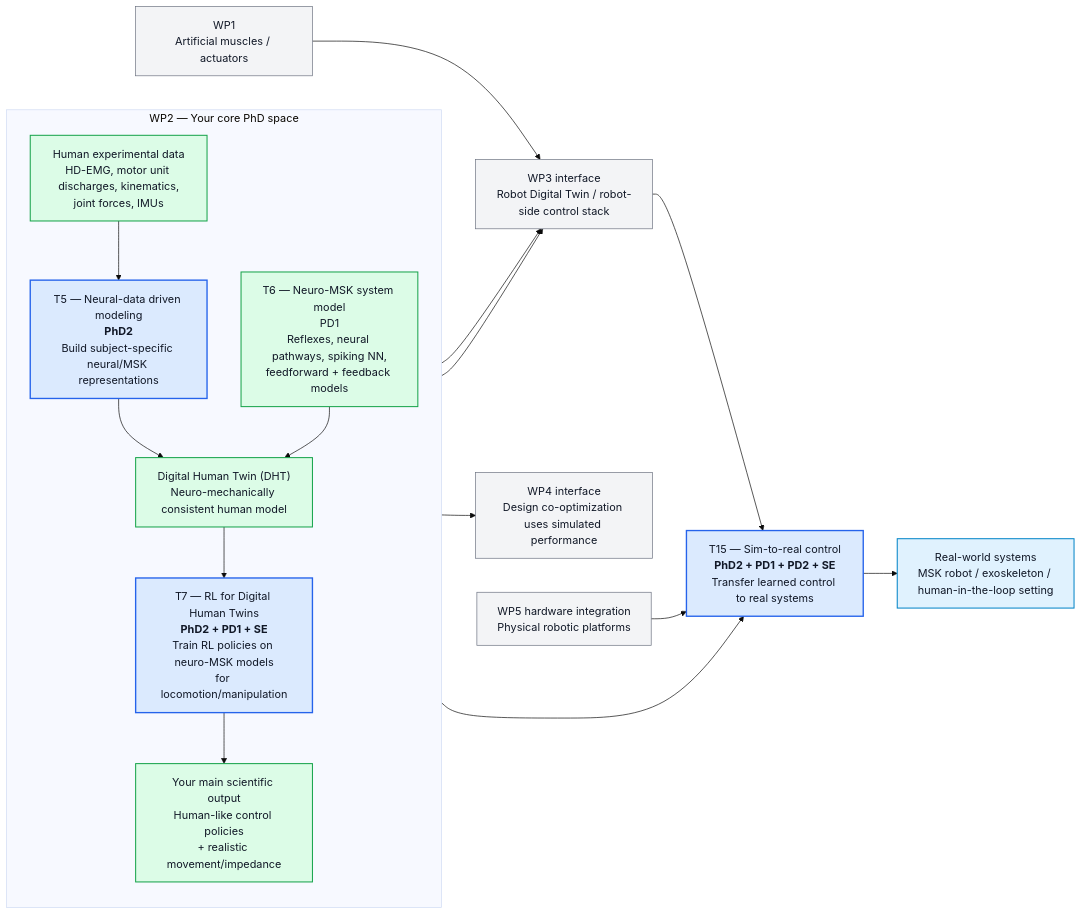
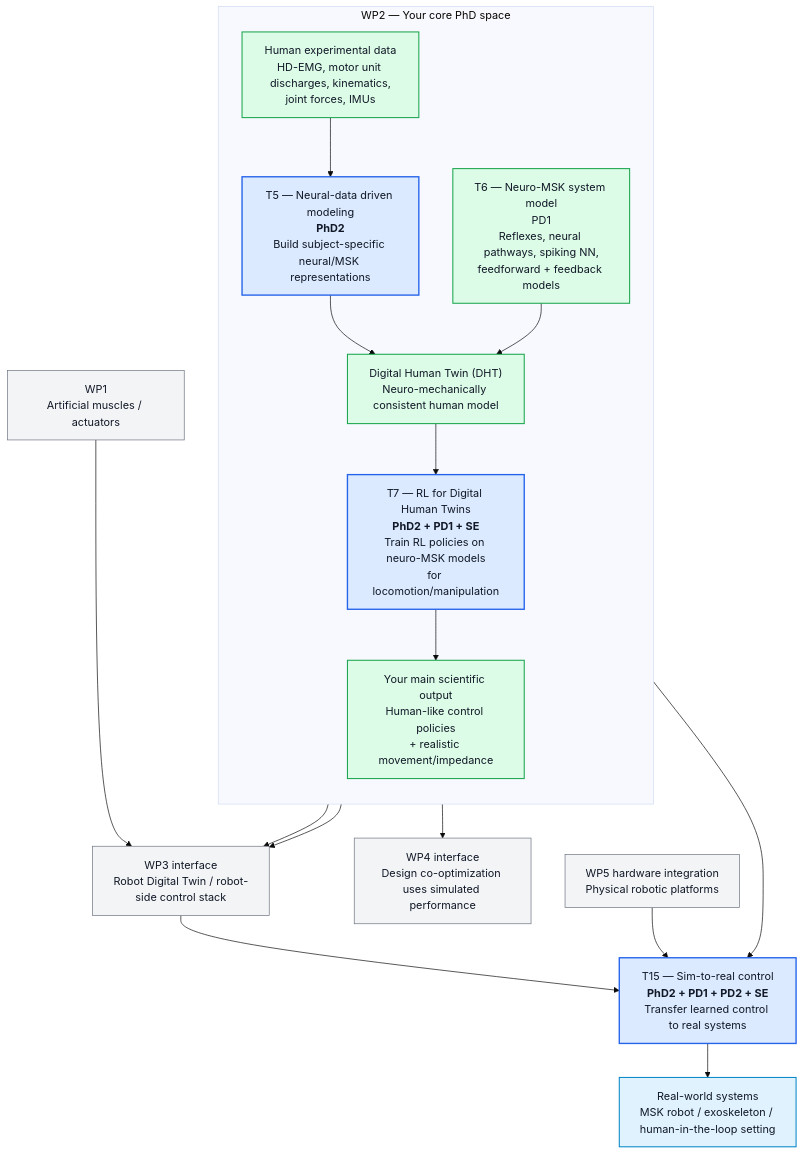
One commit to SalimBou5/PhD-RL_NMSK_models changed the first of 4 diagrams in intro/Literature review/1 - Research proposal - ETH + UT.md. Above: the diagram before and after it, drawn with Mermaid (base theme). The commit also changed other lines of this file, not shown here.

````diff
--- a/intro/Literature review/1 - Research proposal - ETH + UT.md
+++ b/intro/Literature review/1 - Research proposal - ETH + UT.md
@@ -33,66 +33,66 @@
 ```mermaid
-flowchart LR
+flowchart TB
   %% =========================
   %% STYLES
   %% =========================
   classDef you fill:#dbeafe,stroke:#2563eb,stroke-width:2px,color:#111827;
   classDef core fill:#dcfce7,stroke:#16a34a,stroke-width:1.5px,color:#111827;
   classDef support fill:#f3f4f6,stroke:#6b7280,stroke-width:1px,color:#111827;
   classDef output fill:#ede9fe,stroke:#7c3aed,stroke-width:1.5px,color:#111827;
   classDef real fill:#e0f2fe,stroke:#0284c7,stroke-width:1.5px,color:#111827;
 
   %% =========================
   %% YOUR CORE: WP2
   %% =========================
   subgraph WP2["WP2 — Your core PhD space"]
     direction TB
 
     A["Human experimental data<br/>HD-EMG, motor unit discharges, kinematics,<br/>joint forces, IMUs"]
     B["T5 — Neural-data driven modeling<br/><b>PhD2</b><br/>Build subject-specific neural/MSK representations"]
     C["T6 — Neuro-MSK system model<br/>PD1<br/>Reflexes, neural pathways, spiking NN,<br/>feedforward + feedback models"]
     D["T7 — RL for Digital Human Twins<br/><b>PhD2 + PD1 + SE</b><br/>Train RL policies on neuro-MSK models<br/>for locomotion/manipulation"]
     
     E["Digital Human Twin (DHT)<br/>Neuro-mechanically consistent human model"]
     F["Your main scientific output<br/>Human-like control policies<br/>+ realistic movement/impedance"]
 
     A --> B
     B --> E
     C --> E
     E --> D
     D --> F
   end
 
   class A,B,C,D,E,F core
   class B,D you
 
   %% =========================
   %% WHERE WP2 GOES NEXT
   %% =========================
   G["WP3 interface<br/>Robot Digital Twin / robot-side control stack"]
   H["WP4 interface<br/>Design co-optimization uses simulated performance"]
   I["T15 — Sim-to-real control<br/><b>PhD2 + PD1 + PD2 + SE</b><br/>Transfer learned control to real systems"]
   J["Real-world systems<br/>MSK robot / exoskeleton / human-in-the-loop setting"]
 
   class G,H support
   class I you
   class J real
 
   %% Main links outward
   E --> G
   F --> G
   F --> H
   F --> I
   G --> I
   I --> J
 
   %% =========================
   %% LIGHT CONTEXT ONLY
   %% =========================
   K["WP1<br/>Artificial muscles / actuators"]
   L["WP5 hardware integration<br/>Physical robotic platforms"]
 
   class K,L support
 
   K --> G
   L --> I
 ```
````
